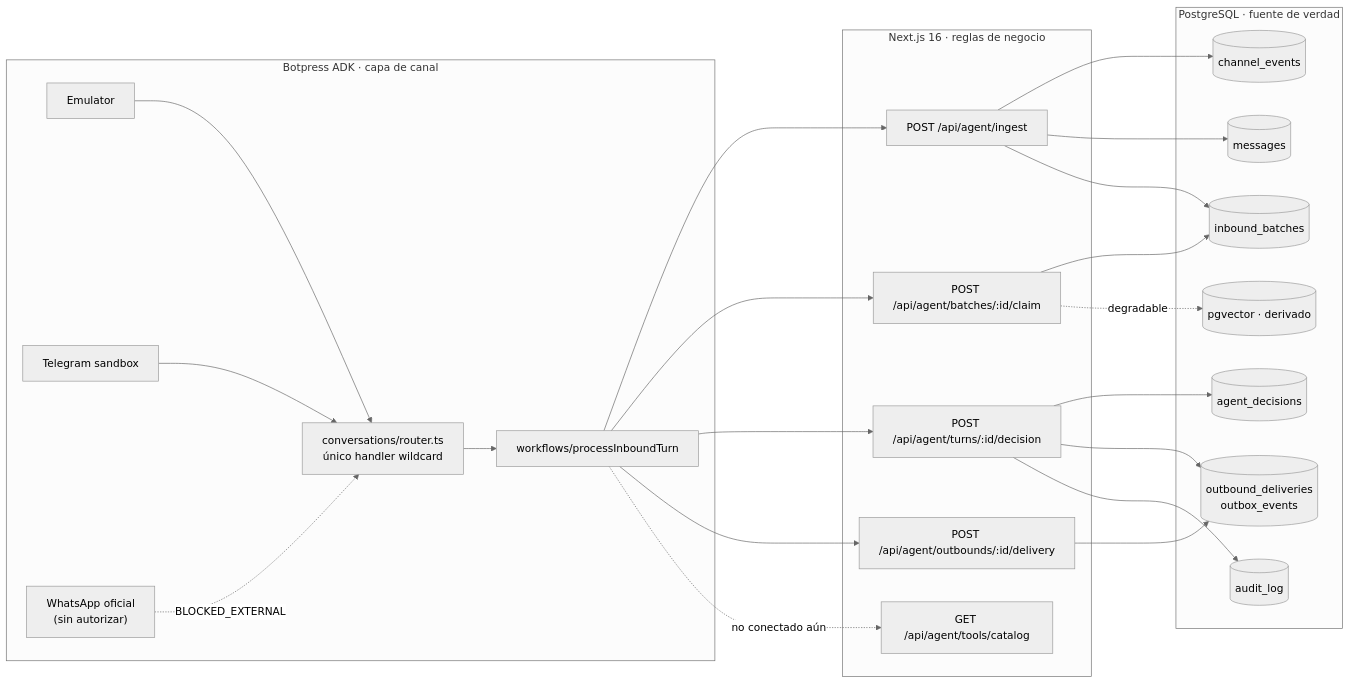
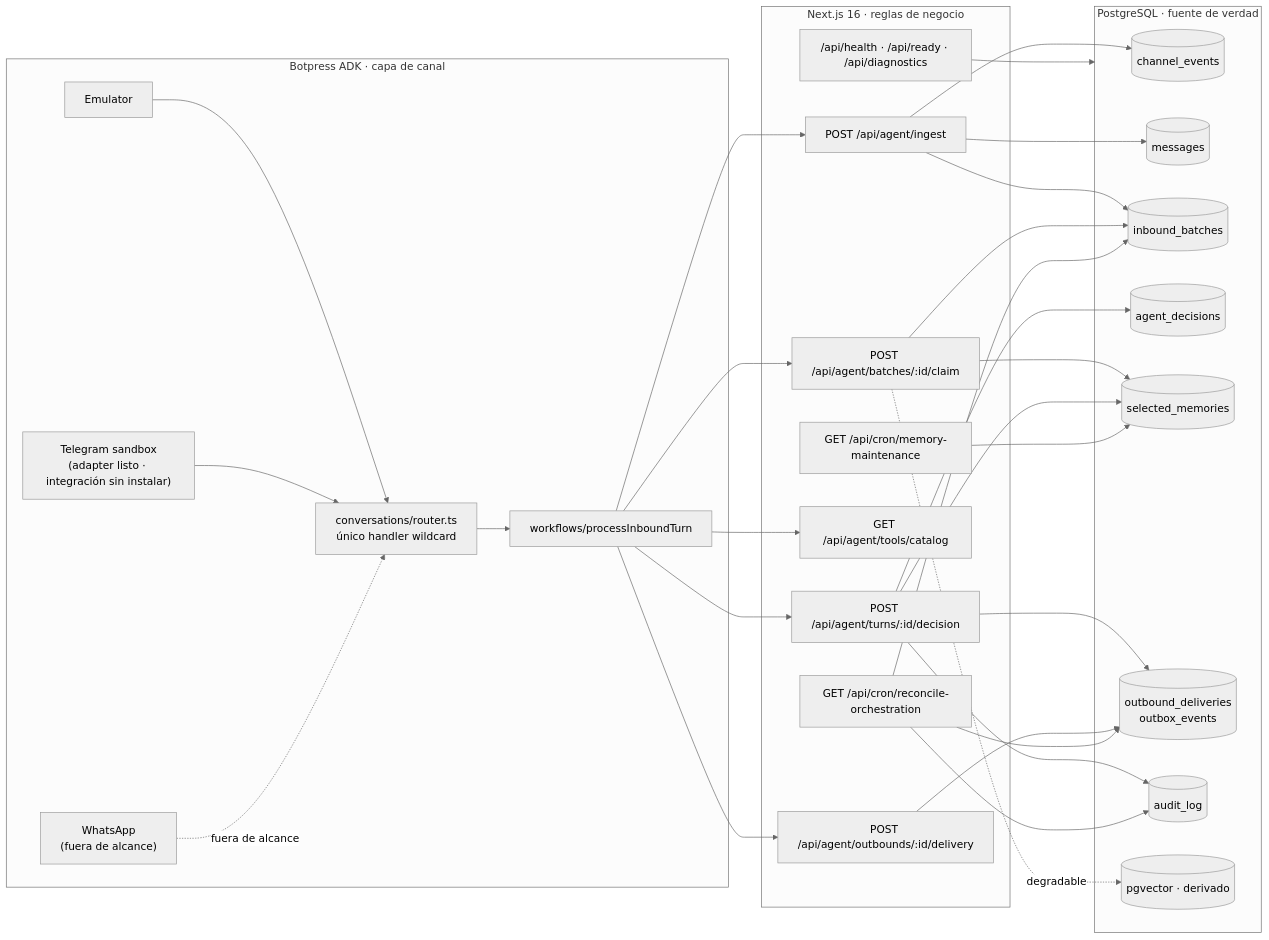
One commit to Maneyrao/studyx-agente-ventas changed the first of 5 diagrams in docs/ORCHESTRATOR_MAP.md. Above: the diagram before and after it, drawn with Mermaid (neutral theme). The commit also changed other lines of this file and 63 other files, not shown here.

````diff
--- a/docs/ORCHESTRATOR_MAP.md
+++ b/docs/ORCHESTRATOR_MAP.md
@@ -9,39 +9,48 @@
 ```mermaid
 flowchart LR
   subgraph Canal["Botpress ADK · capa de canal"]
+    TG["Telegram sandbox<br/>(adapter listo · integración sin instalar)"]
     EMU[Emulator]
-    TG[Telegram sandbox]
-    WA["WhatsApp oficial<br/>(sin autorizar)"]
+    WA["WhatsApp<br/>(fuera de alcance)"]
     ROUTER[conversations/router.ts<br/>único handler wildcard]
     WF[workflows/processInboundTurn]
   end
 
   subgraph Next["Next.js 16 · reglas de negocio"]
     INGEST["POST /api/agent/ingest"]
     CLAIM["POST /api/agent/batches/:id/claim"]
     DECISION["POST /api/agent/turns/:id/decision"]
     DELIVERY["POST /api/agent/outbounds/:id/delivery"]
     CATALOG["GET /api/agent/tools/catalog"]
+    RECON["GET /api/cron/reconcile-orchestration"]
+    MEM["GET /api/cron/memory-maintenance"]
+    HEALTH["/api/health · /api/ready · /api/diagnostics"]
   end
 
   subgraph PG["PostgreSQL · fuente de verdad"]
     CE[(channel_events)]
     MSG[(messages)]
     BATCH[(inbound_batches)]
     DEC[(agent_decisions)]
+    SM[(selected_memories)]
     OUT[(outbound_deliveries<br/>outbox_events)]
     AUD[(audit_log)]
     VEC[(pgvector · derivado)]
   end
 
   EMU --> ROUTER
   TG --> ROUTER
-  WA -.BLOCKED_EXTERNAL.-> ROUTER
+  WA -.fuera de alcance.-> ROUTER
   ROUTER --> WF
   WF --> INGEST --> CE & MSG & BATCH
   WF --> CLAIM --> BATCH
   CLAIM -.degradable.-> VEC
+  CLAIM --> SM
+  WF --> CATALOG
   WF --> DECISION --> DEC & OUT & AUD
+  DECISION --> SM
   WF --> DELIVERY --> OUT
-  WF -.no conectado aún.-> CATALOG
+  RECON --> BATCH & OUT & AUD
+  MEM --> SM
+  HEALTH --> PG
 ```
````
